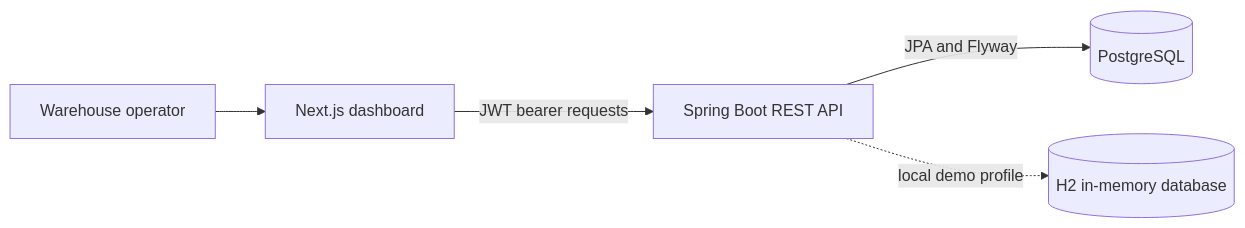
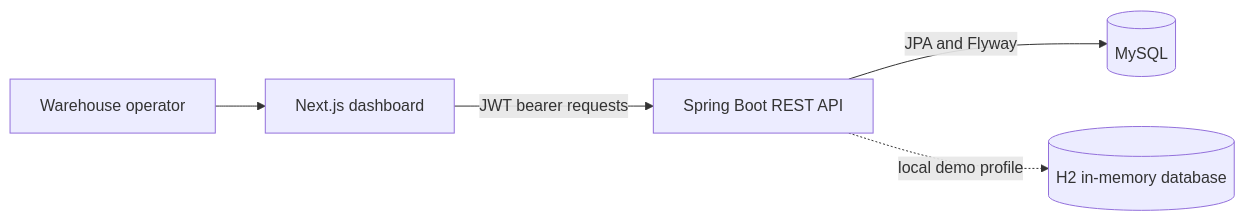
Before and after one commit to SujaiDev/StockRooom: the diagram in README.md, drawn with Mermaid. The commit also changed other lines of this file and 146 other files, not shown here.

````diff
--- a/README.md
+++ b/README.md
@@ -52,7 +52,7 @@
 ```mermaid
 flowchart LR
 		operator[Warehouse operator] --> ui[Next.js dashboard]
 		ui -->|JWT bearer requests| api[Spring Boot REST API]
-		api -->|JPA and Flyway| db[(PostgreSQL)]
+		api -->|JPA and Flyway| db[(MySQL)]
 		api -. local demo profile .-> h2[(H2 in-memory database)]
 ```
````
